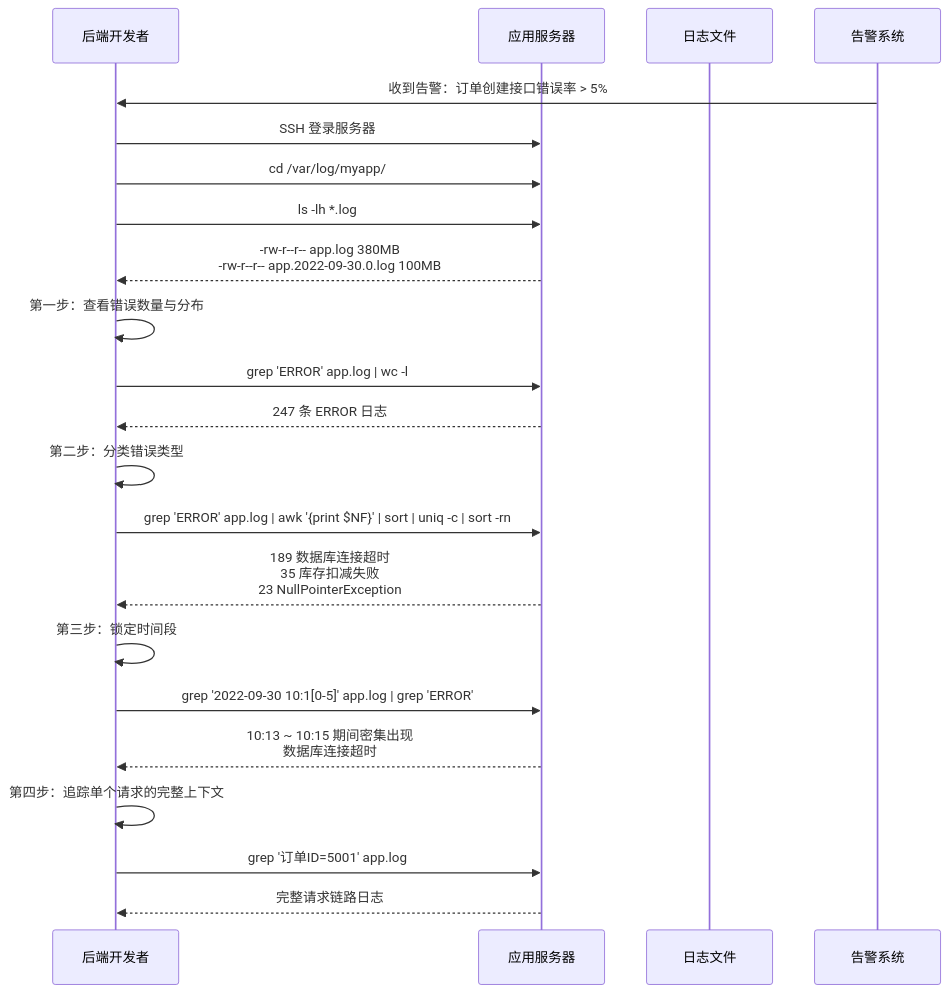
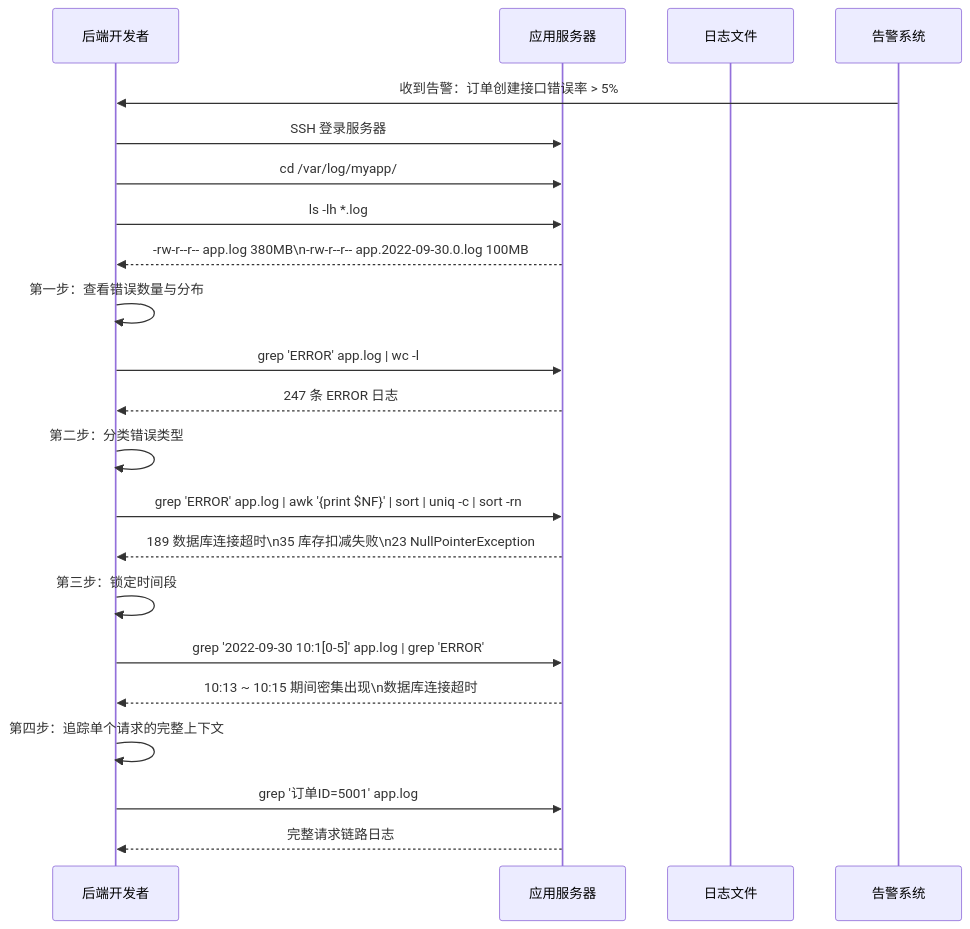
The sixth of 9 diagrams in content/posts/spring/SpringBootLoggingGuide.md (yaocat55/yaocat55.github.io), drawn with Mermaid before and after one commit. The commit also changed other lines of this file and 155 other files, not shown here.

````diff
--- a/content/posts/spring/SpringBootLoggingGuide.md
+++ b/content/posts/spring/SpringBootLoggingGuide.md
@@ -615,29 +615,29 @@
 ```mermaid
 sequenceDiagram
     participant DEV as 后端开发者
     participant SERVER as 应用服务器
     participant LOGFILE as 日志文件
     participant ALERT as 告警系统
 
     ALERT->>DEV: 收到告警：订单创建接口错误率 > 5%
     DEV->>SERVER: SSH 登录服务器
     DEV->>SERVER: cd /var/log/myapp/
     DEV->>SERVER: ls -lh *.log
-    SERVER-->>DEV: -rw-r--r-- app.log 380MB<br/>-rw-r--r-- app.2022-09-30.0.log 100MB
+    SERVER-->>DEV: -rw-r--r-- app.log 380MB\n-rw-r--r-- app.2022-09-30.0.log 100MB
 
     DEV->>DEV: 第一步：查看错误数量与分布
     DEV->>SERVER: grep 'ERROR' app.log | wc -l
     SERVER-->>DEV: 247 条 ERROR 日志
 
     DEV->>DEV: 第二步：分类错误类型
     DEV->>SERVER: grep 'ERROR' app.log | awk '{print $NF}' | sort | uniq -c | sort -rn
-    SERVER-->>DEV: 189 数据库连接超时<br/>35 库存扣减失败<br/>23 NullPointerException
+    SERVER-->>DEV: 189 数据库连接超时\n35 库存扣减失败\n23 NullPointerException
 
     DEV->>DEV: 第三步：锁定时间段
     DEV->>SERVER: grep '2022-09-30 10:1[0-5]' app.log | grep 'ERROR'
-    SERVER-->>DEV: 10:13 ~ 10:15 期间密集出现<br/>数据库连接超时
+    SERVER-->>DEV: 10:13 ~ 10:15 期间密集出现\n数据库连接超时
 
     DEV->>DEV: 第四步：追踪单个请求的完整上下文
     DEV->>SERVER: grep '订单ID=5001' app.log
     SERVER-->>DEV: 完整请求链路日志
 ```
````
